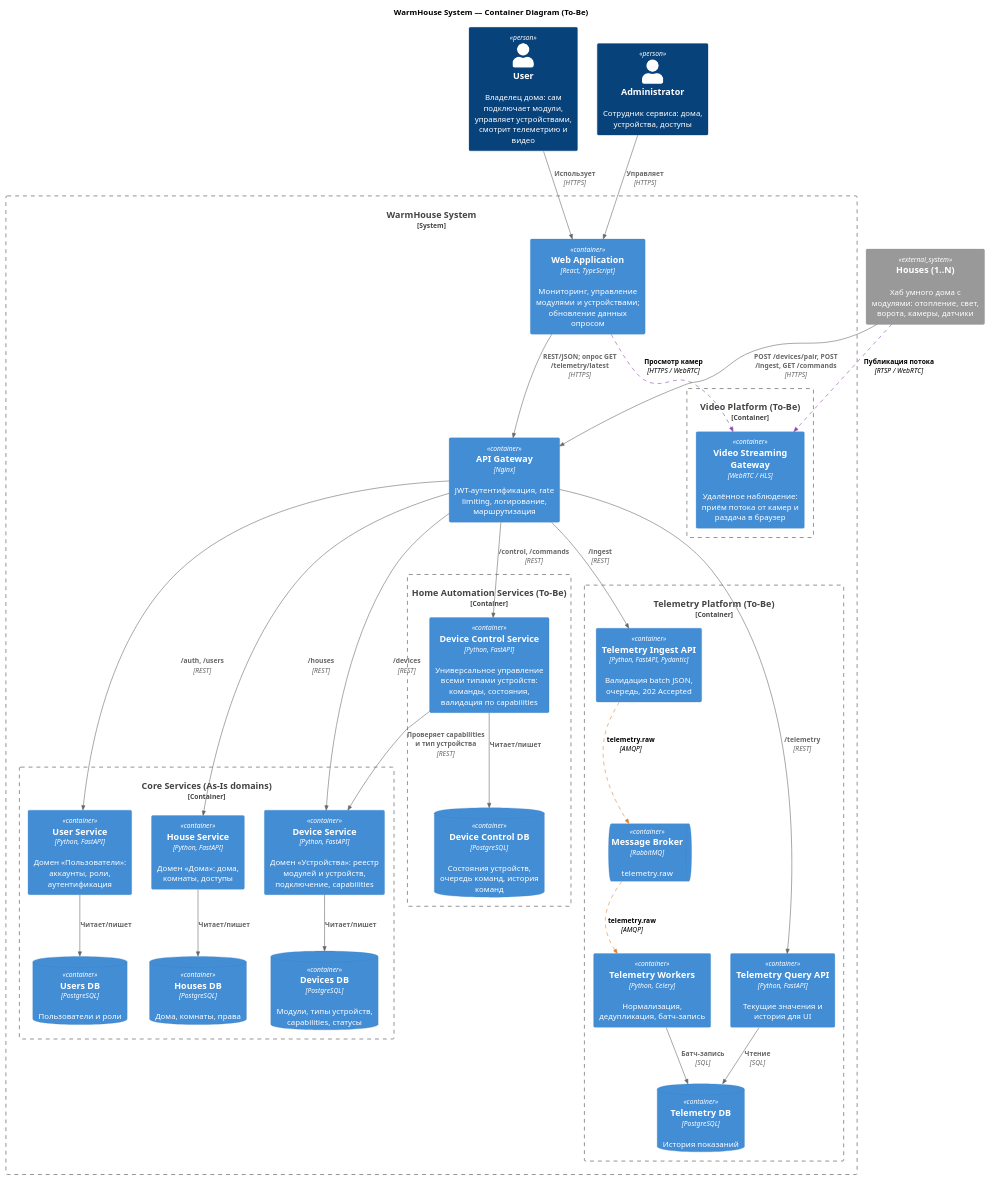
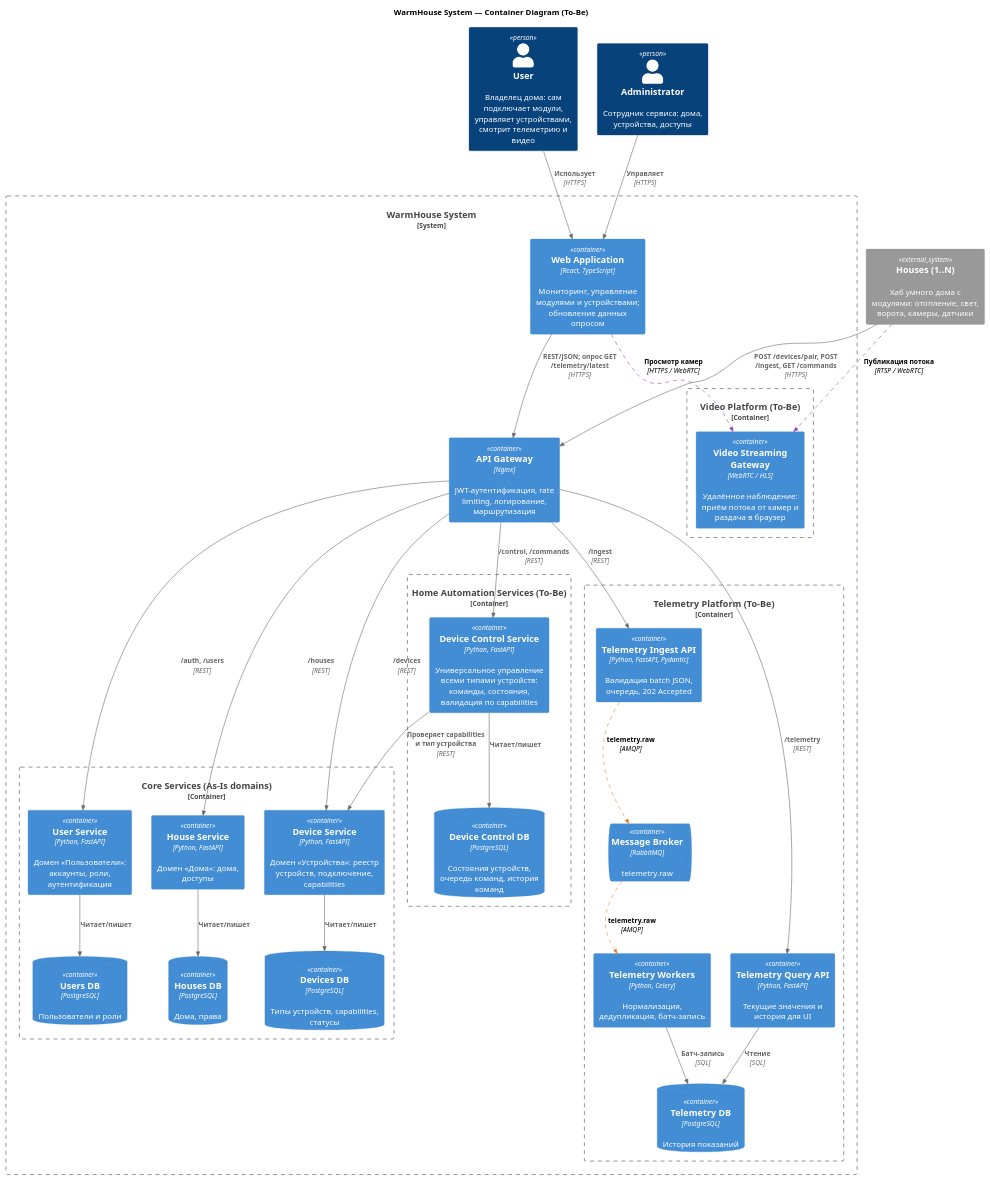
The diagram in diagrams/Task_2_Containers.puml (gadtakoi/architecture-pro-warmhouse), drawn with PlantUML before and after one commit. The commit also changed 3 other files, not shown here.

Commit message:
Task 3. ER.

```diff
--- a/diagrams/Task_2_Containers.puml
+++ b/diagrams/Task_2_Containers.puml
@@ -1,78 +1,78 @@
 @startuml
 title WarmHouse System — Container Diagram (To-Be)
 
 !include ../vendor/C4-PlantUML/C4_Container.puml
 
 
 AddRelTag("async", $textColor="#000000", $lineColor="#E67E22", $lineStyle=DashedLine())
 AddRelTag("media", $textColor="#000000", $lineColor="#8E44AD", $lineStyle=DashedLine())
 
 Person(user, "User", "Владелец дома: сам подключает модули, управляет устройствами, смотрит телеметрию и видео")
 Person(admin, "Administrator", "Сотрудник сервиса: дома, устройства, доступы")
 
 System_Ext(houses, "Houses (1..N)", "Хаб умного дома с модулями: отопление, свет, ворота, камеры, датчики")
 
 System_Boundary(warmhouse, "WarmHouse System") {
 
   Container(WebApp, "Web Application", "React, TypeScript", "Мониторинг, управление модулями и устройствами; обновление данных опросом")
 
   Container(ApiGateway, "API Gateway", "Nginx", "JWT-аутентификация, rate limiting, логирование, маршрутизация")
 
   Container_Boundary(core, "Core Services (As-Is domains)") {
     Container(UserService, "User Service", "Python, FastAPI", "Домен «Пользователи»: аккаунты, роли, аутентификация")
     ContainerDb(UserDb, "Users DB", "PostgreSQL", "Пользователи и роли")
 
-    Container(HouseService, "House Service", "Python, FastAPI", "Домен «Дома»: дома, комнаты, доступы")
-    ContainerDb(HouseDb, "Houses DB", "PostgreSQL", "Дома, комнаты, права")
+    Container(HouseService, "House Service", "Python, FastAPI", "Домен «Дома»: дома, доступы")
+    ContainerDb(HouseDb, "Houses DB", "PostgreSQL", "Дома, права")
 
-    Container(DeviceService, "Device Service", "Python, FastAPI", "Домен «Устройства»: реестр модулей и устройств, подключение, capabilities")
-    ContainerDb(DeviceDb, "Devices DB", "PostgreSQL", "Модули, типы устройств, capabilities, статусы")
+    Container(DeviceService, "Device Service", "Python, FastAPI", "Домен «Устройства»: реестр устройств, подключение, capabilities")
+    ContainerDb(DeviceDb, "Devices DB", "PostgreSQL", "Типы устройств, capabilities, статусы")
   }
 
   Container_Boundary(automation, "Home Automation Services (To-Be)") {
     Container(DeviceControlService, "Device Control Service", "Python, FastAPI", "Универсальное управление всеми типами устройств: команды, состояния, валидация по capabilities")
     ContainerDb(DeviceControlDb, "Device Control DB", "PostgreSQL", "Состояния устройств, очередь команд, история команд")
   }
 
   Container_Boundary(telemetry, "Telemetry Platform (To-Be)") {
     Container(IngestService, "Telemetry Ingest API", "Python, FastAPI, Pydantic", "Валидация batch JSON, очередь, 202 Accepted")
     Container(QueryService, "Telemetry Query API", "Python, FastAPI", "Текущие значения и история для UI")
     ContainerQueue(MessageBroker, "Message Broker", "RabbitMQ", "telemetry.raw")
     Container(TelemetryWorker, "Telemetry Workers", "Python, Celery", "Нормализация, дедупликация, батч-запись")
     ContainerDb(TelemetryDb, "Telemetry DB", "PostgreSQL", "История показаний")
   }
 
   Container_Boundary(video, "Video Platform (To-Be)") {
     Container(VideoGateway, "Video Streaming Gateway", "WebRTC / HLS", "Удалённое наблюдение: приём потока от камер и раздача в браузер")
   }
 }
 
 Rel(user, WebApp, "Использует", "HTTPS")
 Rel(admin, WebApp, "Управляет", "HTTPS")
 
 Rel(WebApp, ApiGateway, "REST/JSON; опрос GET /telemetry/latest", "HTTPS")
 Rel(WebApp, VideoGateway, "Просмотр камер", "HTTPS / WebRTC", $tags="media")
 
 Rel(houses, ApiGateway, "POST /devices/pair, POST /ingest, GET /commands", "HTTPS")
 Rel(houses, VideoGateway, "Публикация потока", "RTSP / WebRTC", $tags="media")
 
 Rel(ApiGateway, UserService, "/auth, /users", "REST")
 Rel(ApiGateway, HouseService, "/houses", "REST")
 Rel(ApiGateway, DeviceService, "/devices", "REST")
 Rel(ApiGateway, DeviceControlService, "/control, /commands", "REST")
 Rel(ApiGateway, IngestService, "/ingest", "REST")
 Rel(ApiGateway, QueryService, "/telemetry", "REST")
 
 Rel(UserService, UserDb, "Читает/пишет")
 Rel(HouseService, HouseDb, "Читает/пишет")
 Rel(DeviceService, DeviceDb, "Читает/пишет")
 Rel(DeviceControlService, DeviceControlDb, "Читает/пишет")
 
 Rel(DeviceControlService, DeviceService, "Проверяет capabilities и тип устройства", "REST")
 
 Rel(IngestService, MessageBroker, "telemetry.raw", "AMQP", $tags="async")
 Rel(MessageBroker, TelemetryWorker, "telemetry.raw", "AMQP", $tags="async")
 Rel(TelemetryWorker, TelemetryDb, "Батч-запись", "SQL")
 Rel(QueryService, TelemetryDb, "Чтение", "SQL")
 
 @enduml
```
